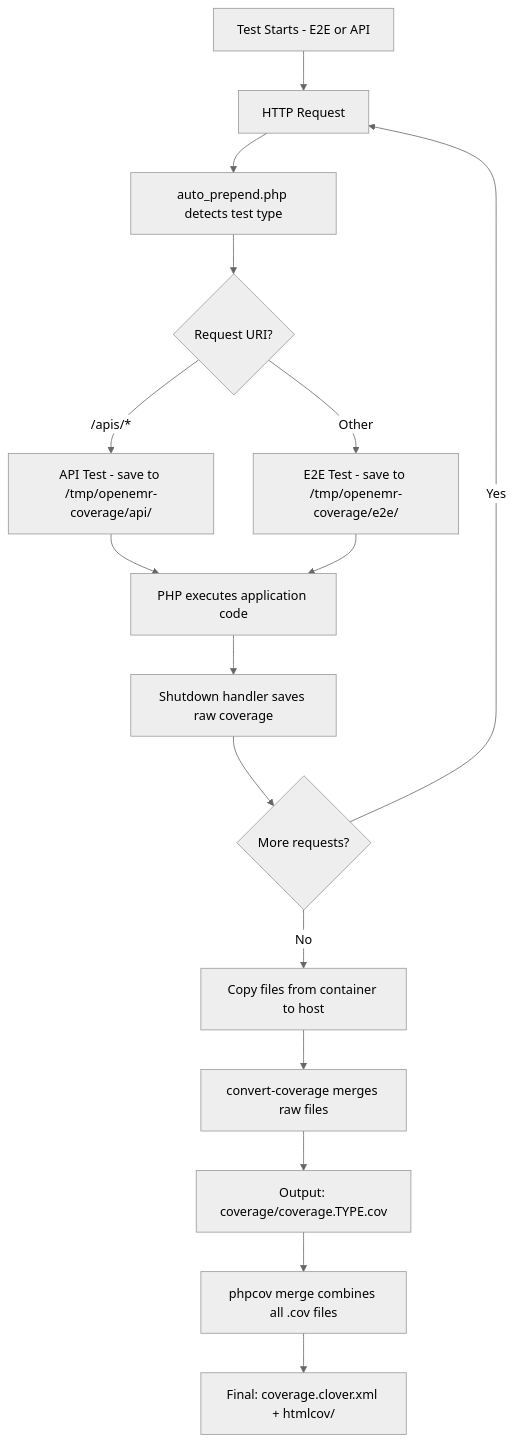
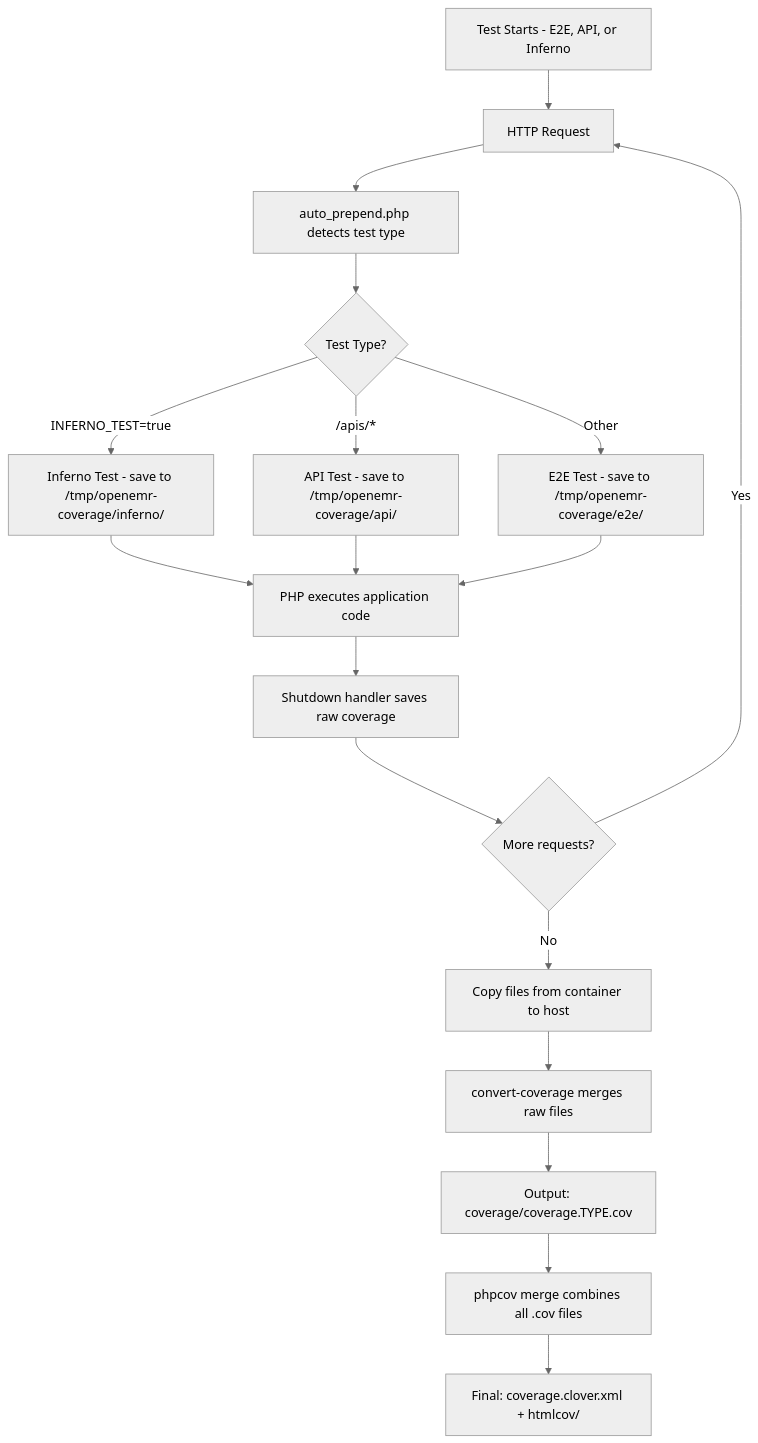
Before and after one commit to openemr/openemr: the diagram in ci/README-COVERAGE.md, drawn with Mermaid (neutral theme). The commit also changed other lines of this file and 5 other files, not shown here.

Commit message:
ci(inferno): coverage

````diff
--- a/ci/README-COVERAGE.md
+++ b/ci/README-COVERAGE.md
@@ -75,18 +98,20 @@
 ```mermaid
 flowchart TD
-    A[Test Starts - E2E or API] --> B[HTTP Request]
+    A[Test Starts - E2E, API, or Inferno] --> B[HTTP Request]
     B --> C[auto_prepend.php detects test type]
-    C --> D{Request URI?}
-    D -->|/apis/*| E[API Test - save to /tmp/openemr-coverage/api/]
-    D -->|Other| F[E2E Test - save to /tmp/openemr-coverage/e2e/]
-    E --> G[PHP executes application code]
-    F --> G
-    G --> H[Shutdown handler saves raw coverage]
-    H --> I{More requests?}
-    I -->|Yes| B
-    I -->|No| J[Copy files from container to host]
-    J --> K[convert-coverage merges raw files]
-    K --> L[Output: coverage/coverage.TYPE.cov]
-    L --> M[phpcov merge combines all .cov files]
-    M --> N[Final: coverage.clover.xml + htmlcov/]
+    C --> D{Test Type?}
+    D -->|INFERNO_TEST=true| E[Inferno Test - save to /tmp/openemr-coverage/inferno/]
+    D -->|/apis/*| F[API Test - save to /tmp/openemr-coverage/api/]
+    D -->|Other| G[E2E Test - save to /tmp/openemr-coverage/e2e/]
+    E --> H[PHP executes application code]
+    F --> H
+    G --> H
+    H --> I[Shutdown handler saves raw coverage]
+    I --> J{More requests?}
+    J -->|Yes| B
+    J -->|No| K[Copy files from container to host]
+    K --> L[convert-coverage merges raw files]
+    L --> M[Output: coverage/coverage.TYPE.cov]
+    M --> N[phpcov merge combines all .cov files]
+    N --> O[Final: coverage.clover.xml + htmlcov/]
 ```
````
